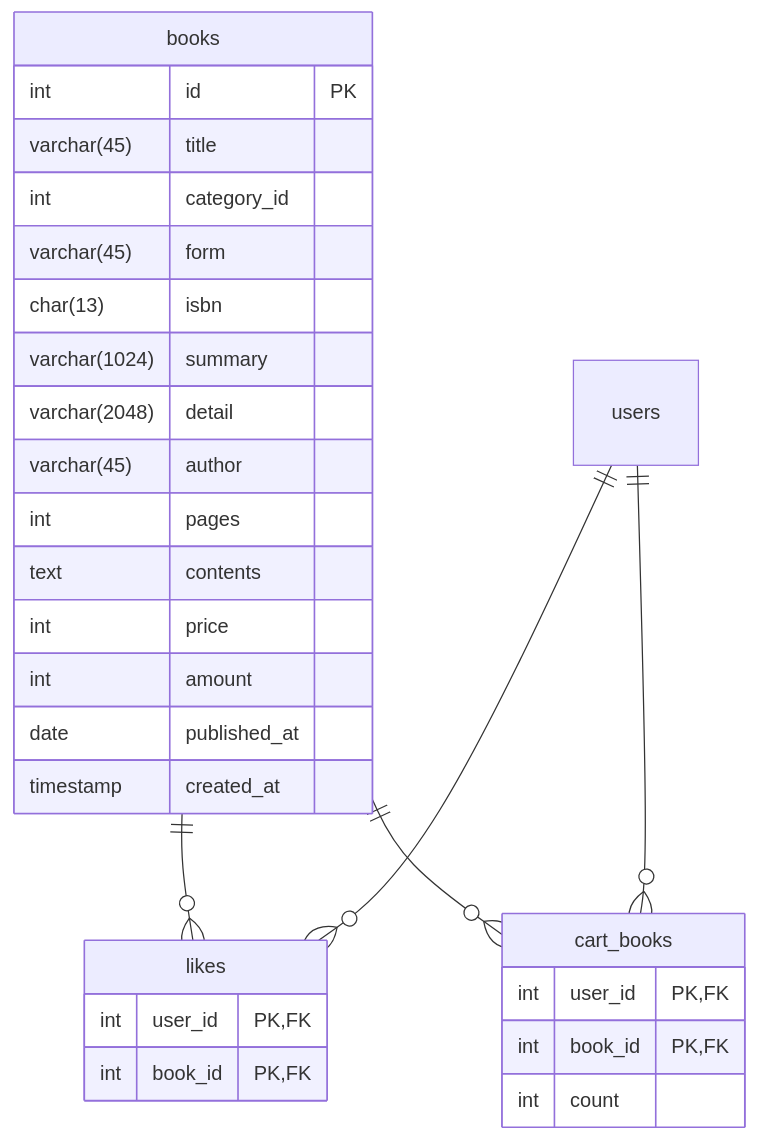
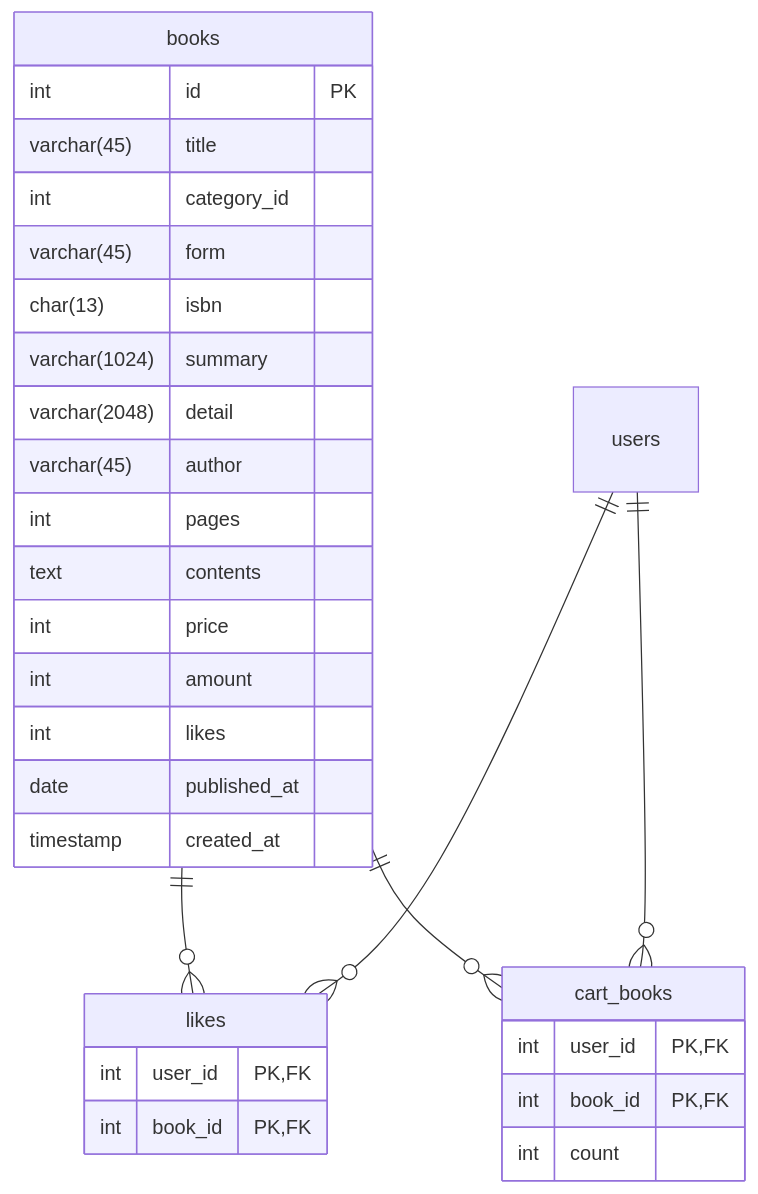
The first of 4 diagrams in README.md (kimdev0206/project-2), drawn with Mermaid before and after one commit. The commit also changed 13 other files, not shown here.

````diff
--- a/README.md
+++ b/README.md
@@ -28,35 +28,36 @@
 ```mermaid
 erDiagram
    likes {
       int user_id PK, FK
       int book_id PK, FK
    }
 
    cart_books {
       int user_id PK, FK
       int book_id PK, FK
       int count
    }
 
    books {
       int id PK
       varchar(45) title
       int category_id
       varchar(45) form
       char(13) isbn
       varchar(1024) summary
       varchar(2048) detail
       varchar(45) author
       int pages
       text contents
       int price
       int amount
+      int likes
       date published_at
       timestamp created_at
    }
 
    users ||--o{ likes : ""
    books ||--o{ likes : ""
    books ||--o{ cart_books : ""
    users ||--o{ cart_books : ""
 ```
````
